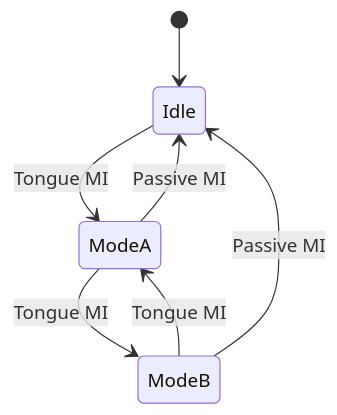
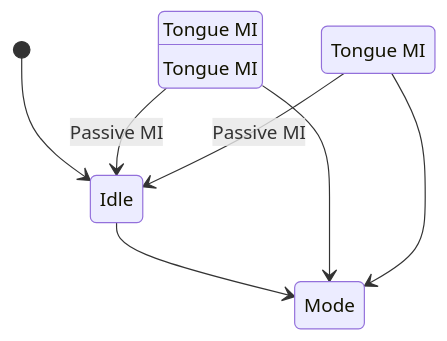
Before and after one commit to ChawinOph/cv-chawin-ophaswongse: the second of 2 diagrams in content/project/motor_imagery_control_of_robot_arm/index.md, drawn with Mermaid. The commit also changed other lines of this file, not shown here.

Commit message:
add path to BCI gui image file

````diff
--- a/content/project/motor_imagery_control_of_robot_arm/index.md
+++ b/content/project/motor_imagery_control_of_robot_arm/index.md
@@ -119,9 +119,9 @@
 ```mermaid
 stateDiagram
 [*] --> Idle
-Idle --> ModeA : Tongue MI
-ModeA --> Idle : Passive MI
-ModeA --> ModeB : Tongue MI
-ModeB --> Idle : Passive MI
-ModeB --> ModeA : Tongue MI
+Idle --> Mode A : Tongue MI
+Mode A --> Idle : Passive MI
+Mode A --> Mode B : Tongue MI
+Mode B --> Idle : Passive MI
+Mode B --> Mode A : Tongue MI
 ```
````
